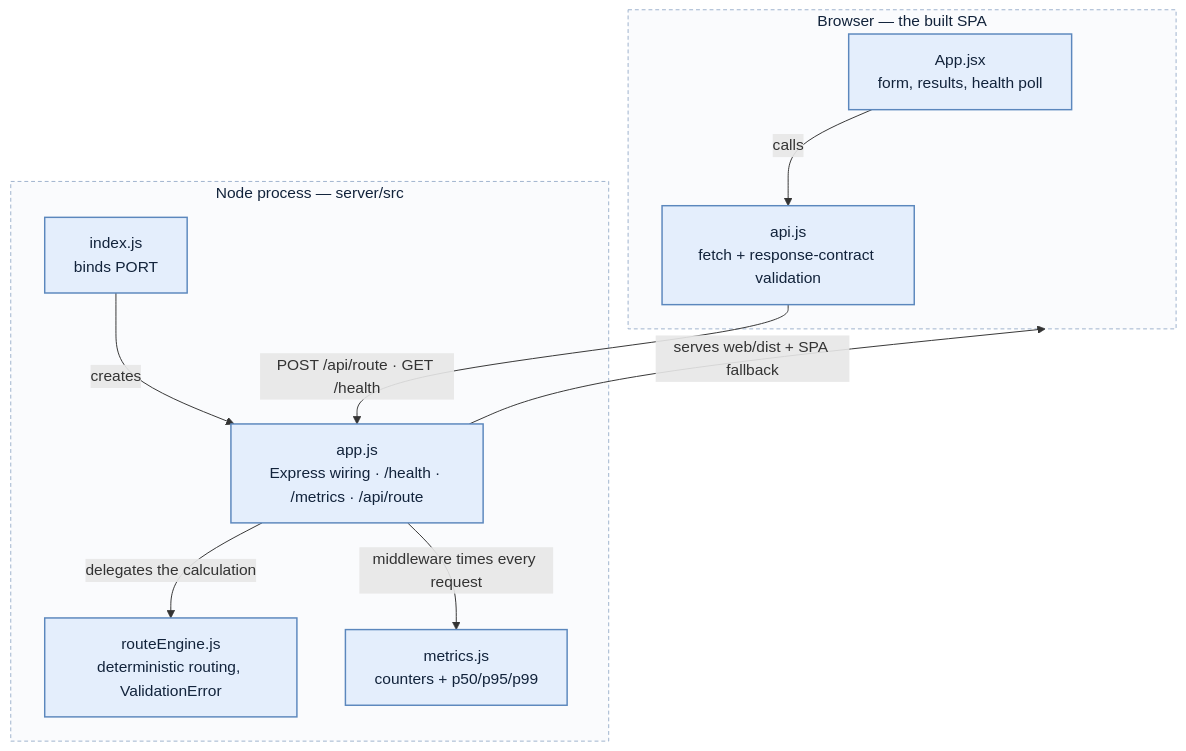
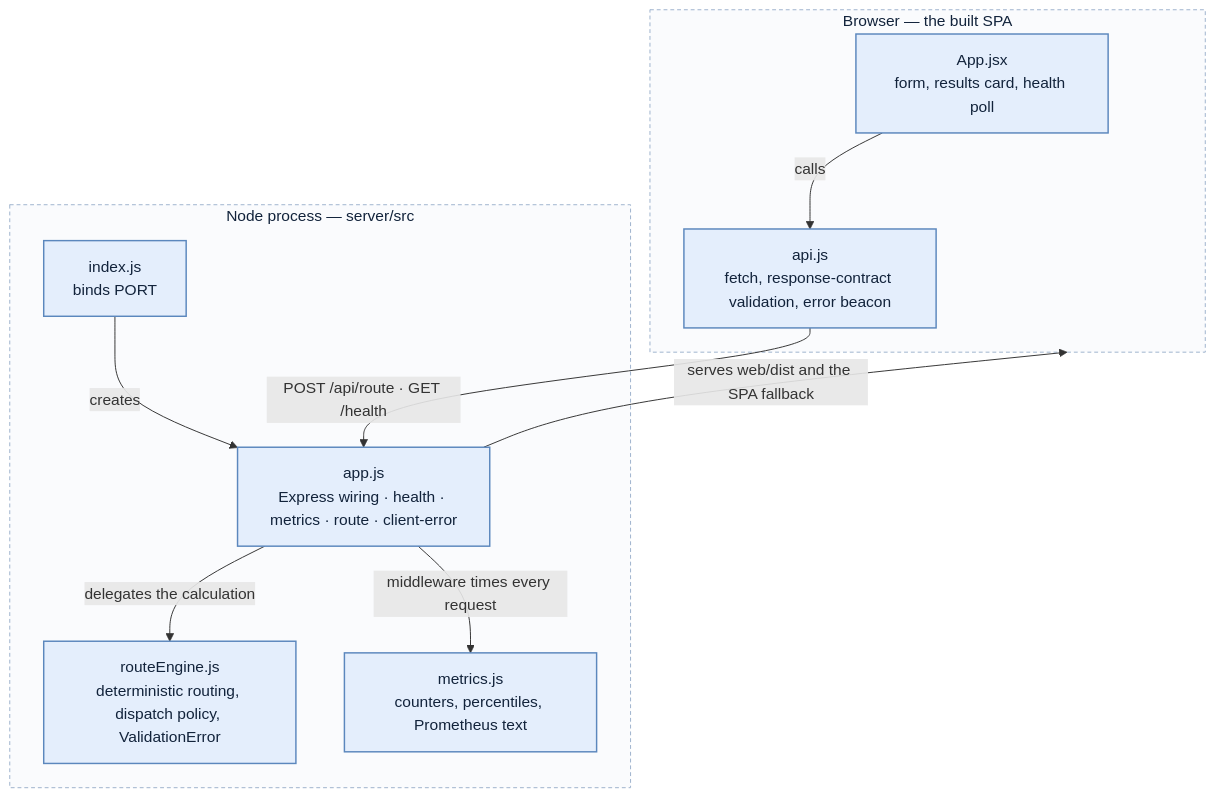
One commit to TryHarder01/release-agent-demo changed the fourth of 8 diagrams in ARCHITECTURE.md. Above: the diagram before and after it, drawn with Mermaid. The commit also changed other lines of this file, not shown here.

First line of the commit message:
Refresh ARCHITECTURE.md against the live release path

````diff
--- a/ARCHITECTURE.md
+++ b/ARCHITECTURE.md
@@ -174,26 +201,26 @@
 ```mermaid
 flowchart TB
     subgraph browser["Browser — the built SPA"]
-        appjsx["App.jsx\nform, results, health poll"]
-        apijs["api.js\nfetch + response-contract validation"]
+        appjsx["App.jsx\nform, results card, health poll"]
+        apijs["api.js\nfetch, response-contract validation, error beacon"]
     end
 
     subgraph server["Node process — server/src"]
         index["index.js\nbinds PORT"]
-        app["app.js\nExpress wiring · /health · /metrics · /api/route"]
-        engine["routeEngine.js\ndeterministic routing, ValidationError"]
-        metrics["metrics.js\ncounters + p50/p95/p99"]
+        app["app.js\nExpress wiring · health · metrics · route · client-error"]
+        engine["routeEngine.js\ndeterministic routing, dispatch policy, ValidationError"]
+        metrics["metrics.js\ncounters, percentiles, Prometheus text"]
     end
 
     appjsx -->|"calls"| apijs
     apijs -->|"POST /api/route · GET /health"| app
     index -->|"creates"| app
     app -->|"delegates the calculation"| engine
     app -->|"middleware times every request"| metrics
-    app -->|"serves web/dist + SPA fallback"| browser
+    app -->|"serves web/dist and the SPA fallback"| browser
 
     classDef internal fill:#e4eefc,stroke:#5b87bd,stroke-width:1.5px,color:#12233b
     classDef boundary fill:#fafbfd,stroke:#9db2cd,stroke-width:1px,stroke-dasharray:4 3,color:#12233b
     class appjsx,apijs,index,app,engine,metrics internal
     class browser,server boundary
 ```
````
